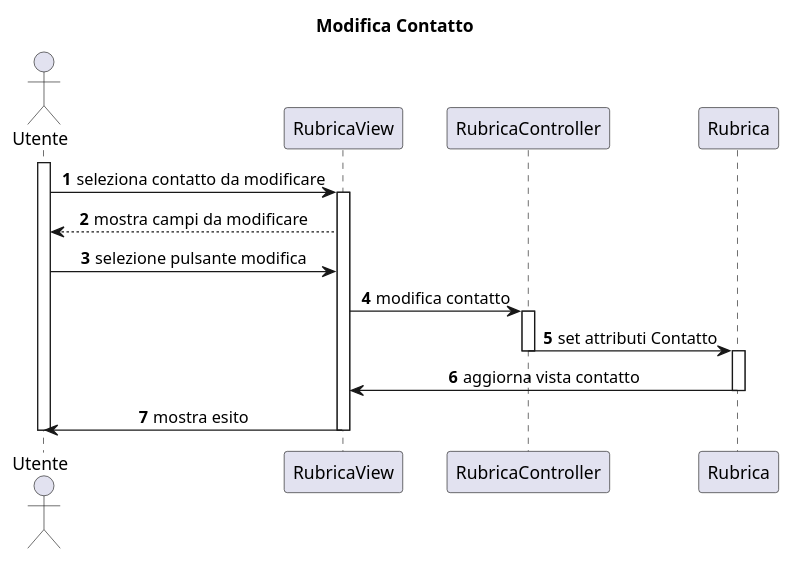
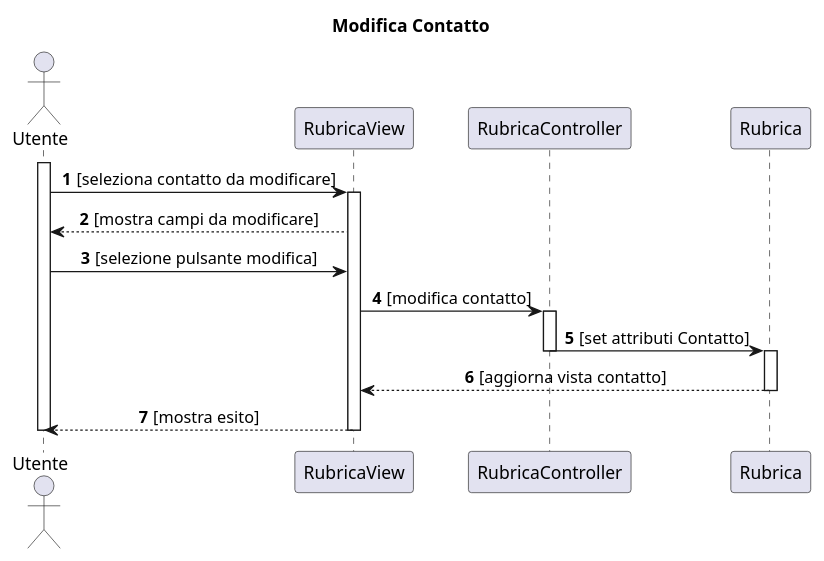
The diagram in docs/bozze/Diagrammi/Sequenza/ScenarioModificaContatto.puml (emanueletocci/uni-swe-project), drawn with PlantUML before and after one commit. The commit also changed 3 other files, not shown here.

```diff
--- a/docs/bozze/Diagrammi/Sequenza/ScenarioModificaContatto.puml
+++ b/docs/bozze/Diagrammi/Sequenza/ScenarioModificaContatto.puml
@@ -1,25 +1,24 @@
 @startuml
 autonumber
 title Modifica Contatto
 actor Utente
 participant RubricaView
 participant RubricaController
 participant Rubrica
-
 activate Utente
 skinparam sequenceMessageAlign center
-Utente -> RubricaView : seleziona contatto da modificare
+Utente -> RubricaView:[seleziona contatto da modificare]
 activate RubricaView
-RubricaView --> Utente: mostra campi da modificare
-Utente->RubricaView: selezione pulsante modifica
-RubricaView->RubricaController: modifica contatto
+RubricaView --> Utente:[mostra campi da modificare]
+Utente -> RubricaView:[selezione pulsante modifica]
+RubricaView -> RubricaController:[modifica contatto]
 activate RubricaController
-RubricaController->Rubrica: set attributi Contatto
+RubricaController -> Rubrica:[set attributi Contatto]
 deactivate RubricaController
 activate Rubrica
-Rubrica->RubricaView: aggiorna vista contatto
+Rubrica --> RubricaView: [aggiorna vista contatto]
 deactivate Rubrica
-RubricaView->Utente: mostra esito
+RubricaView --> Utente: [mostra esito]
 deactivate Utente
 deactivate RubricaView
 @enduml
```
